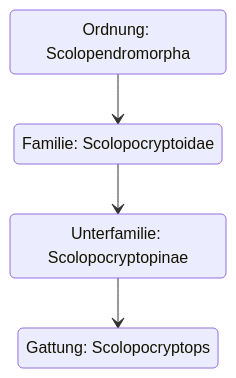
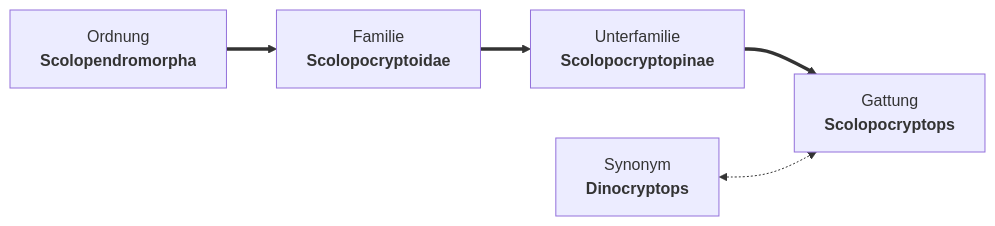
The diagram in content/skolopender/taxonomie/scolopendromorpha/scolopocryptops/index.md (christhulhu/acab), drawn with Mermaid before and after one commit. The commit also changed 19 other files, not shown here.

```diff
--- a/content/skolopender/taxonomie/scolopendromorpha/scolopocryptops/index.md
+++ b/content/skolopender/taxonomie/scolopendromorpha/scolopocryptops/index.md
@@ -16,12 +16,23 @@
-{{< mermaid >}}
-stateDiagram-v2
-    state "Ordnung: Scolopendromorpha" as scolopendromorpha
-    state "Familie: Scolopocryptoidae" as scolopocryptoidae
-    state "Unterfamilie: Scolopocryptopinae" as scolopocryptopinae
+{{<mermaid>}}
+flowchart LR
+    scolopendromorpha["`Ordnung
+                        **Scolopendromorpha**`"]
+    scolopocryptoidae["`Familie
+                        **Scolopocryptoidae**`"]
+        scolopocryptopinae["`Unterfamilie
+                    **Scolopocryptopinae**`"]
+            scolopocryptops["`Gattung
+                     **Scolopocryptops**`"]
+            dinocryptops["`Synonym
+                     **Dinocryptops**`"]
+        
 
-    scolopendromorpha --> scolopocryptoidae
-    scolopocryptoidae --> scolopocryptopinae
-    scolopocryptopinae --> scolopocryptops
+    scolopendromorpha ==> scolopocryptoidae
+    
+        scolopocryptoidae ==> scolopocryptopinae
+            scolopocryptopinae ==> scolopocryptops
+            dinocryptops  <-.-> scolopocryptops
 
-    state "Gattung: Scolopocryptops" as scolopocryptops
-{{< /mermaid >}}
+    click scolopendromorpha "../"
+
+{{</mermaid>}}
```
